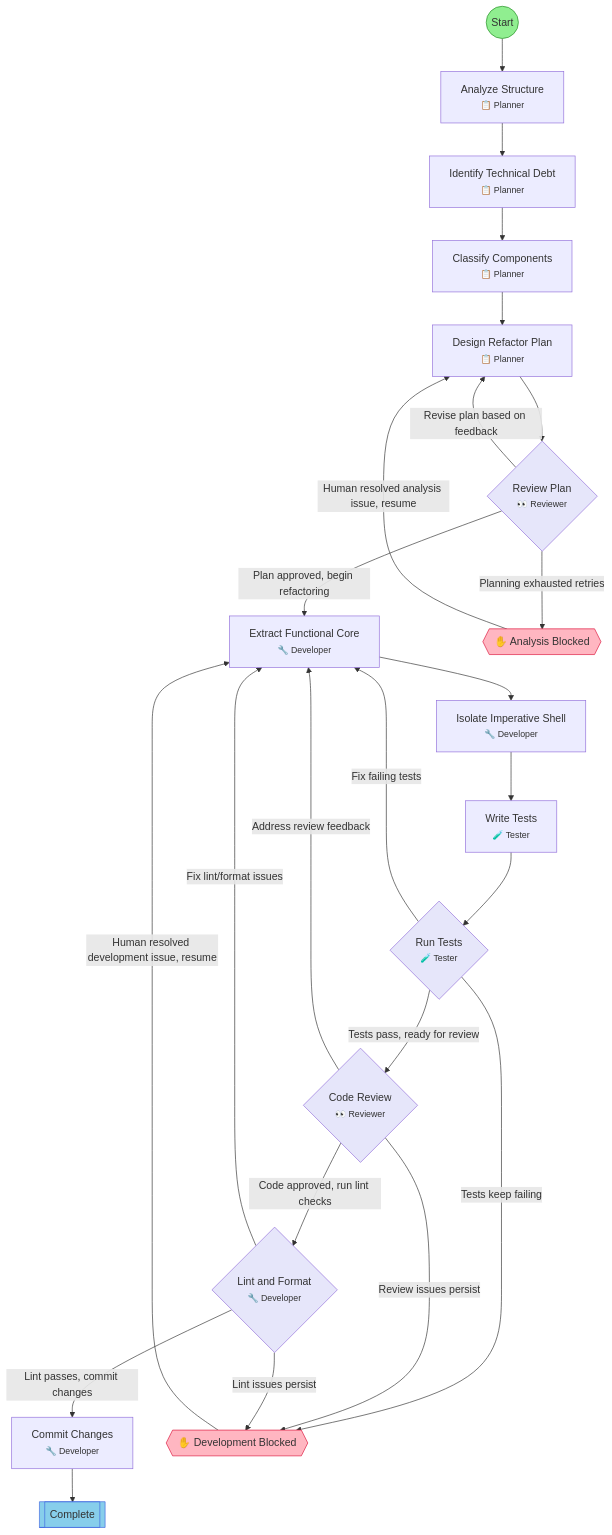
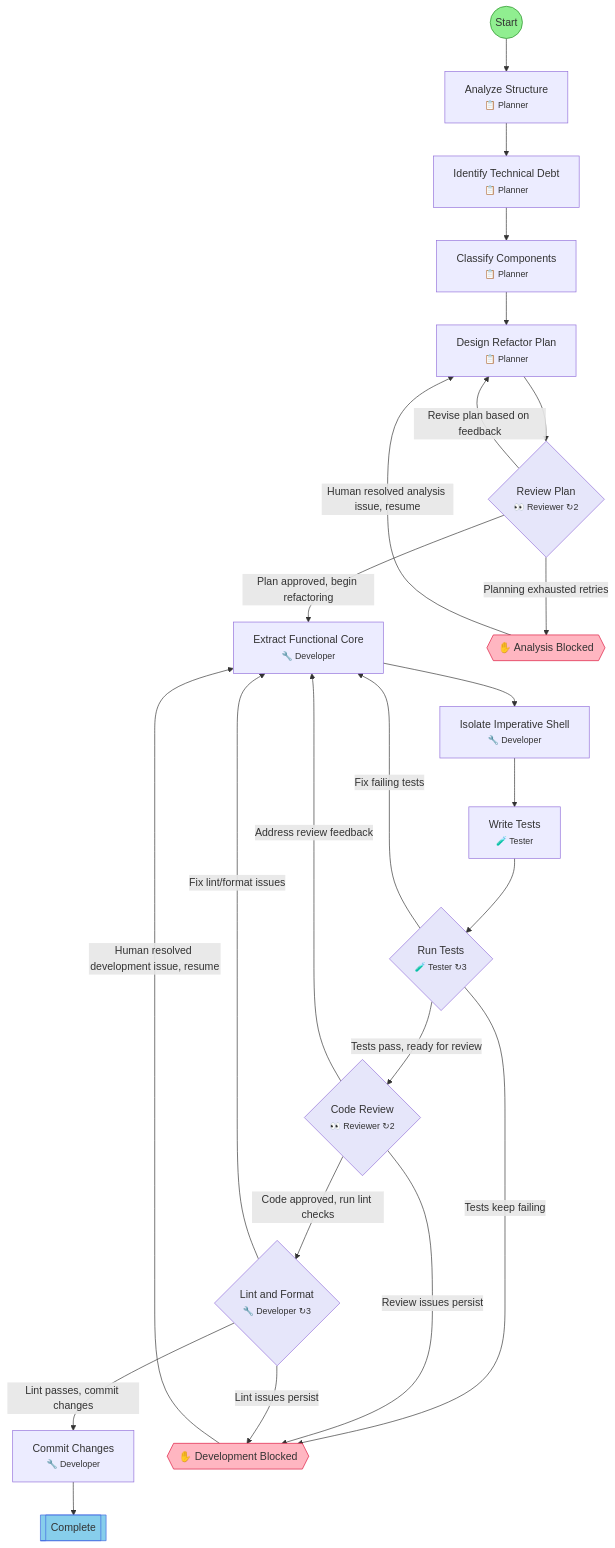
The diagram in .flow/diagrams/refactor.md (leclabs/agent-toolkit), drawn with Mermaid before and after one commit. The commit also changed other lines of this file and 114 other files, not shown here.

````diff
--- a/.flow/diagrams/refactor.md
+++ b/.flow/diagrams/refactor.md
@@ -7,54 +7,54 @@
 ```mermaid
 flowchart TD
     start(("Start"))
     analyze_structure["Analyze Structure<br/><small>📋 Planner</small>"]
     identify_debt["Identify Technical Debt<br/><small>📋 Planner</small>"]
     classify_components["Classify Components<br/><small>📋 Planner</small>"]
     design_refactor["Design Refactor Plan<br/><small>📋 Planner</small>"]
-    plan_review{"Review Plan<br/><small>👀 Reviewer</small>"}
+    plan_review{"Review Plan<br/><small>👀 Reviewer ↻2</small>"}
     extract_core["Extract Functional Core<br/><small>🔧 Developer</small>"]
     isolate_shell["Isolate Imperative Shell<br/><small>🔧 Developer</small>"]
     write_tests["Write Tests<br/><small>🧪 Tester</small>"]
-    run_tests{"Run Tests<br/><small>🧪 Tester</small>"}
-    code_review{"Code Review<br/><small>👀 Reviewer</small>"}
-    lint_format{"Lint and Format<br/><small>🔧 Developer</small>"}
+    run_tests{"Run Tests<br/><small>🧪 Tester ↻3</small>"}
+    code_review{"Code Review<br/><small>👀 Reviewer ↻2</small>"}
+    lint_format{"Lint and Format<br/><small>🔧 Developer ↻3</small>"}
     commit["Commit Changes<br/><small>🔧 Developer</small>"]
     end_success[["Complete"]]
     hitl_analysis_failed{{"✋ Analysis Blocked"}}
     hitl_dev_failed{{"✋ Development Blocked"}}
 
     start --> analyze_structure
     analyze_structure --> identify_debt
     identify_debt --> classify_components
     classify_components --> design_refactor
     design_refactor --> plan_review
     plan_review -->|Revise plan based on feedback| design_refactor
     plan_review -->|Planning exhausted retries| hitl_analysis_failed
     plan_review -->|Plan approved, begin refactoring| extract_core
     extract_core --> isolate_shell
     isolate_shell --> write_tests
     write_tests --> run_tests
     run_tests -->|Fix failing tests| extract_core
     run_tests -->|Tests keep failing| hitl_dev_failed
     run_tests -->|Tests pass, ready for review| code_review
     code_review -->|Address review feedback| extract_core
     code_review -->|Review issues persist| hitl_dev_failed
     code_review -->|Code approved, run lint checks| lint_format
     lint_format -->|Lint passes, commit changes| commit
     lint_format -->|Fix lint/format issues| extract_core
     lint_format -->|Lint issues persist| hitl_dev_failed
     commit --> end_success
     hitl_analysis_failed -->|Human resolved analysis issue, resume| design_refactor
     hitl_dev_failed -->|Human resolved development issue, resume| extract_core
 
     classDef startStep fill:#90EE90,stroke:#228B22
     classDef successStep fill:#87CEEB,stroke:#4169E1
     classDef hitlStep fill:#FFB6C1,stroke:#DC143C
     classDef gateStep fill:#E6E6FA,stroke:#9370DB
     classDef forkJoinStep fill:#FFEAA7,stroke:#FDCB6E
     classDef currentStep fill:#FFD700,stroke:#FF8C00,stroke-width:3px
     class start startStep
     class end_success successStep
     class hitl_analysis_failed,hitl_dev_failed hitlStep
     class plan_review,run_tests,code_review,lint_format gateStep
 ```
````
